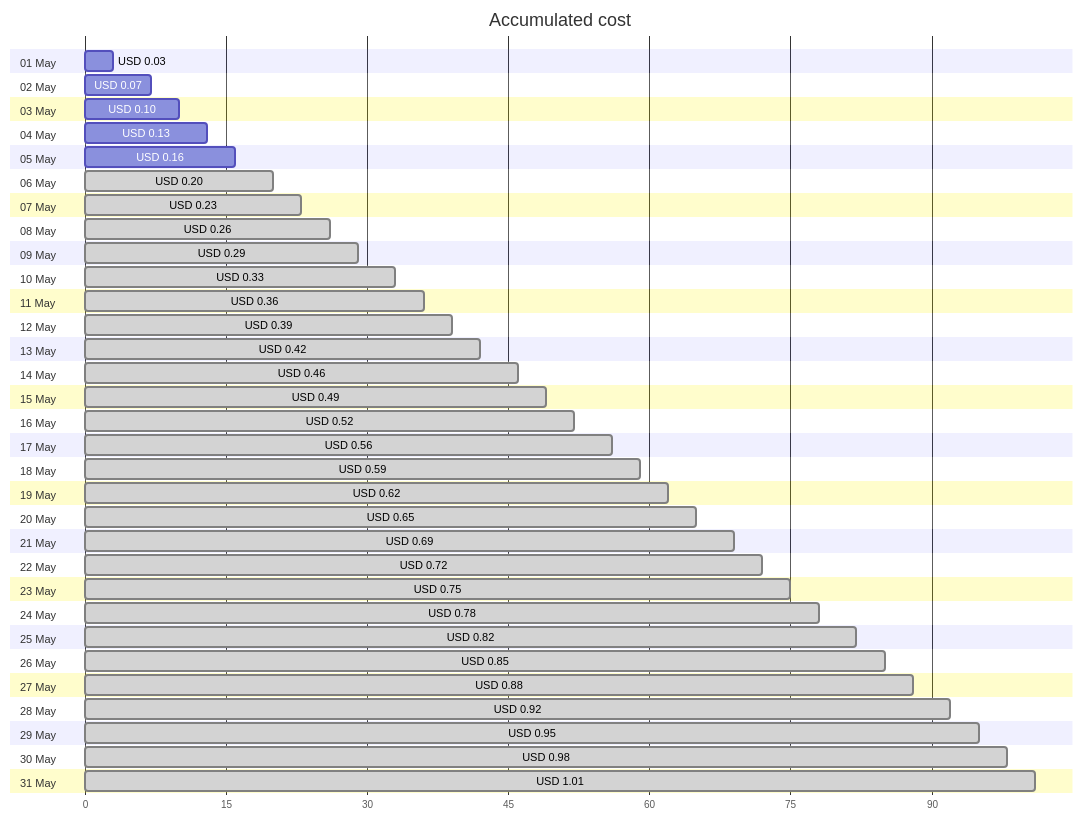
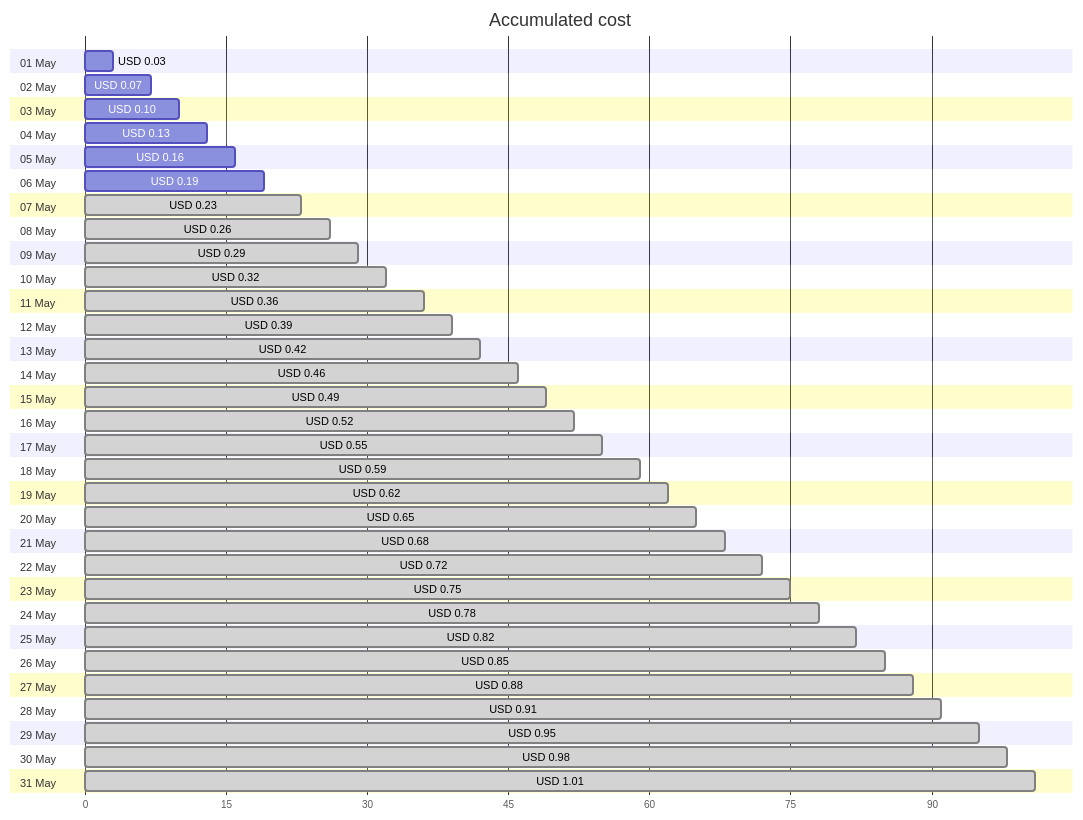
The first of 4 diagrams in cost-reports/personal-dns/README.md (jpfulton/azure-personal-reports), drawn with Mermaid before and after one commit. The commit also changed other lines of this file and 2 other files, not shown here.

````diff
--- a/cost-reports/personal-dns/README.md
+++ b/cost-reports/personal-dns/README.md
@@ -20,68 +20,68 @@
 ```mermaid
 gantt
    title Accumulated cost
    dateFormat  X
    axisFormat %s
    section 01 May
    USD 0.03 :0, 3
    section 02 May
    USD 0.07 :0, 7
    section 03 May
    USD 0.10 :0, 10
    section 04 May
    USD 0.13 :0, 13
    section 05 May
    USD 0.16 :0, 16
    section 06 May
-   USD 0.20 : done, 0, 20
+   USD 0.19 :0, 19
    section 07 May
    USD 0.23 : done, 0, 23
    section 08 May
    USD 0.26 : done, 0, 26
    section 09 May
    USD 0.29 : done, 0, 29
    section 10 May
-   USD 0.33 : done, 0, 33
+   USD 0.32 : done, 0, 32
    section 11 May
    USD 0.36 : done, 0, 36
    section 12 May
    USD 0.39 : done, 0, 39
    section 13 May
    USD 0.42 : done, 0, 42
    section 14 May
    USD 0.46 : done, 0, 46
    section 15 May
    USD 0.49 : done, 0, 49
    section 16 May
    USD 0.52 : done, 0, 52
    section 17 May
-   USD 0.56 : done, 0, 56
+   USD 0.55 : done, 0, 55
    section 18 May
    USD 0.59 : done, 0, 59
    section 19 May
    USD 0.62 : done, 0, 62
    section 20 May
    USD 0.65 : done, 0, 65
    section 21 May
-   USD 0.69 : done, 0, 69
+   USD 0.68 : done, 0, 68
    section 22 May
    USD 0.72 : done, 0, 72
    section 23 May
    USD 0.75 : done, 0, 75
    section 24 May
    USD 0.78 : done, 0, 78
    section 25 May
    USD 0.82 : done, 0, 82
    section 26 May
    USD 0.85 : done, 0, 85
    section 27 May
    USD 0.88 : done, 0, 88
    section 28 May
-   USD 0.92 : done, 0, 92
+   USD 0.91 : done, 0, 91
    section 29 May
    USD 0.95 : done, 0, 95
    section 30 May
    USD 0.98 : done, 0, 98
    section 31 May
    USD 1.01 : done, 0, 101
 ```
````
